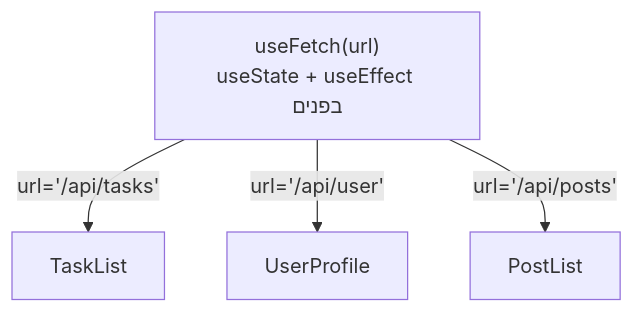
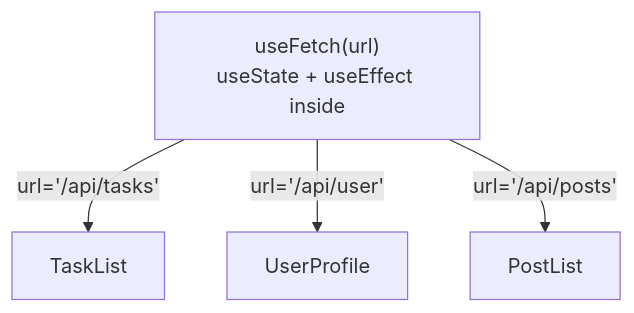
One commit to neriyaMalachi/FullStack_kodkode_5 changed the diagram in content/docs/react/96-react-custom-hooks-content.md. Above: the diagram before and after it, drawn with Mermaid. The commit also changed other lines of this file and 117 other files, not shown here.

````diff
--- a/content/docs/react/96-react-custom-hooks-content.md
+++ b/content/docs/react/96-react-custom-hooks-content.md
@@ -59,7 +59,7 @@
 ```mermaid
 flowchart TD
-    Hook["useFetch(url)<br/>useState + useEffect בפנים"]
+    Hook["useFetch(url)<br/>useState + useEffect inside"]
     Hook -->|"url='/api/tasks'"| C1["TaskList"]
     Hook -->|"url='/api/user'"| C2["UserProfile"]
     Hook -->|"url='/api/posts'"| C3["PostList"]
 ```
````
